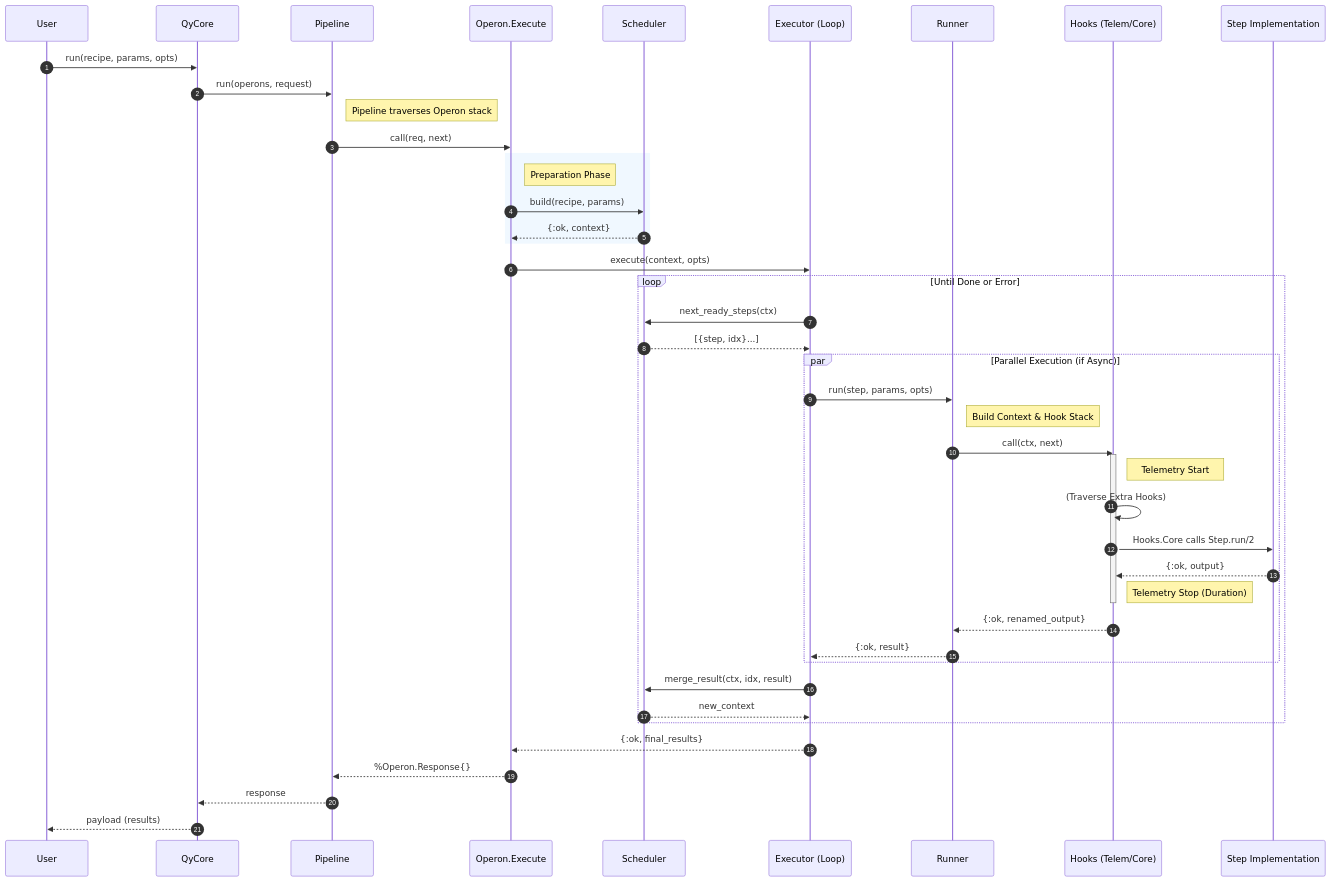
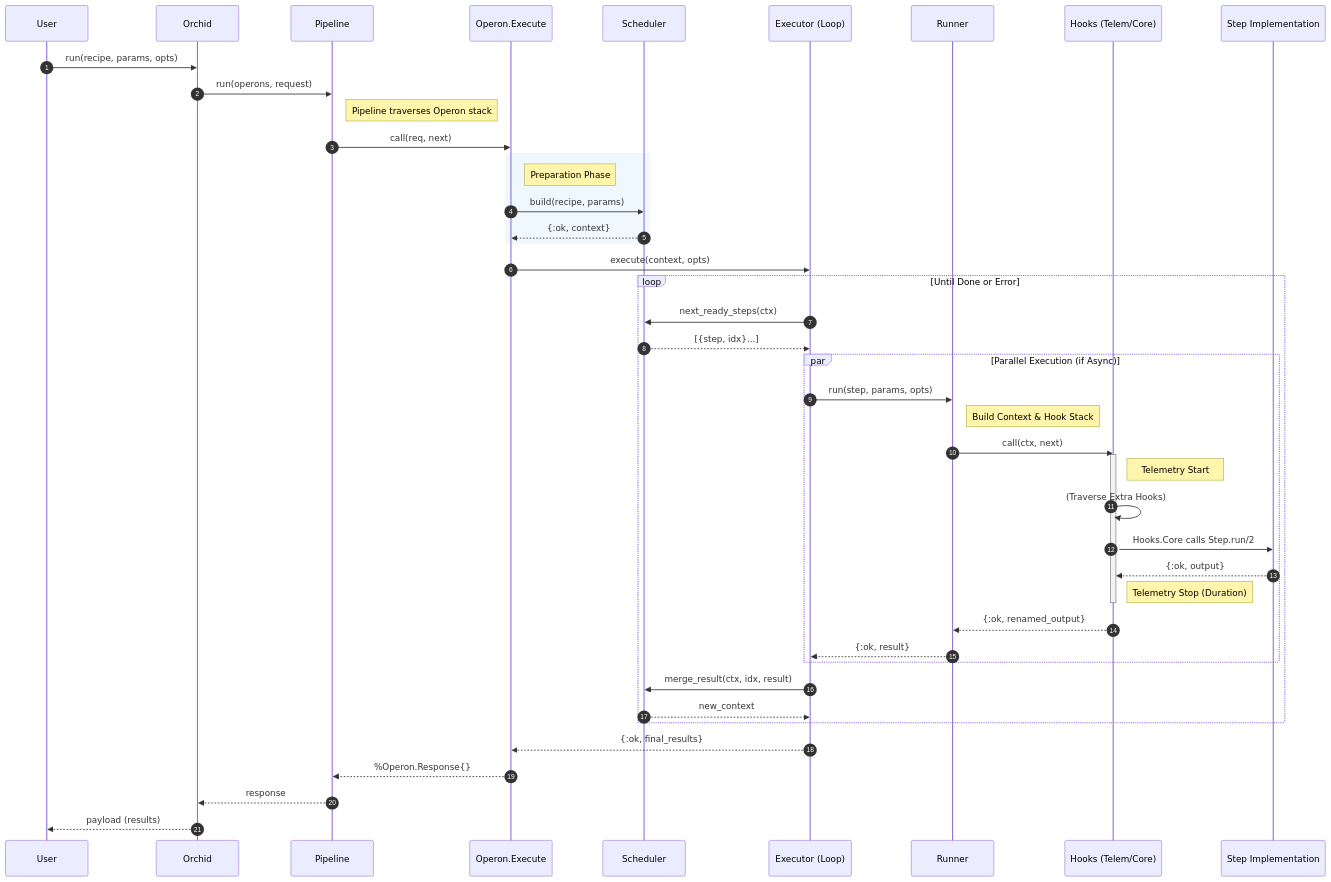
Before and after one commit to SynapticStrings/Orchid: the second of 2 diagrams in README.md, drawn with Mermaid. The commit also changed other lines of this file and 56 other files, not shown here.

Commit message:
refactor: rename project from QyCore to Orchid, let it becomes a Qy-agnostic project.

````diff
--- a/README.md
+++ b/README.md
@@ -60,62 +60,62 @@
 ```mermaid
 sequenceDiagram
     autonumber
     participant User
-    participant Qy as QyCore
+    participant Qy as Orchid
     participant Pipe as Pipeline
     participant OpExec as Operon.Execute
     participant Sched as Scheduler
     participant Exec as Executor (Loop)
     participant Runner
     participant Hooks as Hooks (Telem/Core)
     participant Step as Step Implementation
 
     User->>Qy: run(recipe, params, opts)
     
     Qy->>Pipe: run(operons, request)
     note right of Pipe: Pipeline traverses Operon stack
     
     Pipe->>OpExec: call(req, next)
     
     rect rgb(240, 248, 255)
         note right of OpExec: Preparation Phase
         OpExec->>Sched: build(recipe, params)
         Sched-->>OpExec: {:ok, context}
     end
     
     OpExec->>Exec: execute(context, opts)
     
     loop Until Done or Error
         Exec->>Sched: next_ready_steps(ctx)
         Sched-->>Exec: [{step, idx}...]
         
         par Parallel Execution (if Async)
             Exec->>Runner: run(step, params, opts)
             
             note right of Runner: Build Context & Hook Stack
             Runner->>Hooks: call(ctx, next)
             
             activate Hooks
             note right of Hooks: Telemetry Start
             Hooks->>Hooks: (Traverse Extra Hooks)
             
             Hooks->>Step: Hooks.Core calls Step.run/2
             Step-->>Hooks: {:ok, output}
             
             note right of Hooks: Telemetry Stop (Duration)
             deactivate Hooks
             
             Hooks-->>Runner: {:ok, renamed_output}
             Runner-->>Exec: {:ok, result}
         end
         
         Exec->>Sched: merge_result(ctx, idx, result)
         Sched-->>Exec: new_context
     end
 
     Exec-->>OpExec: {:ok, final_results}
     OpExec-->>Pipe: %Operon.Response{}
     Pipe-->>Qy: response
     
     Qy-->>User: payload (results)
 ```
````
